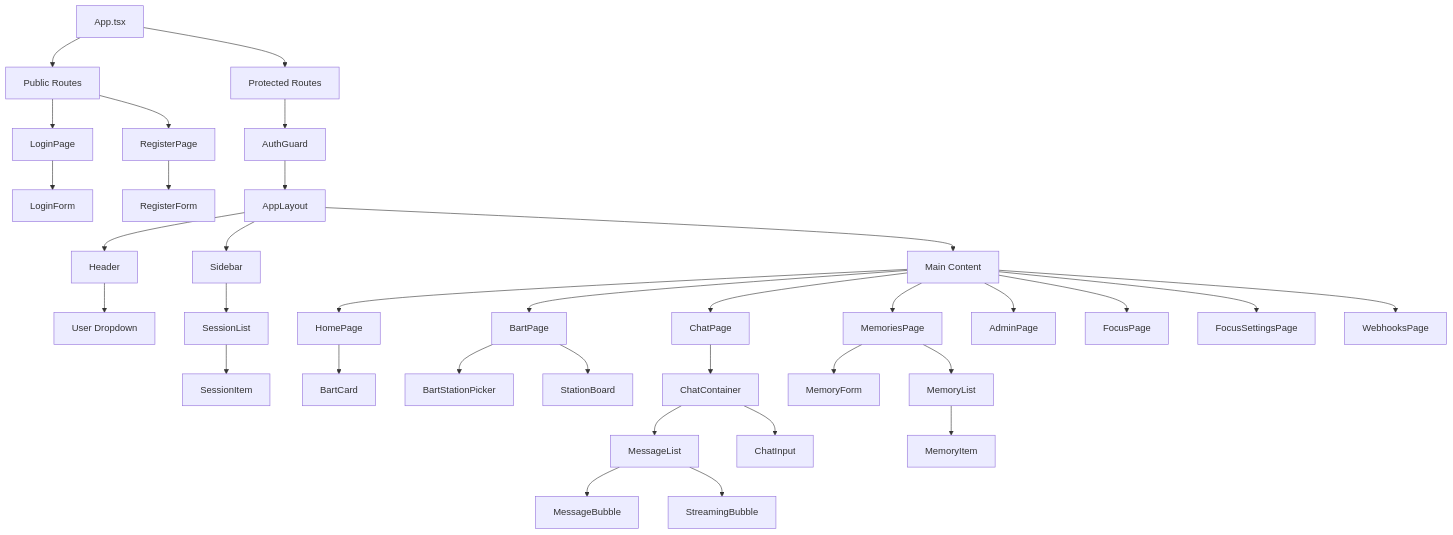
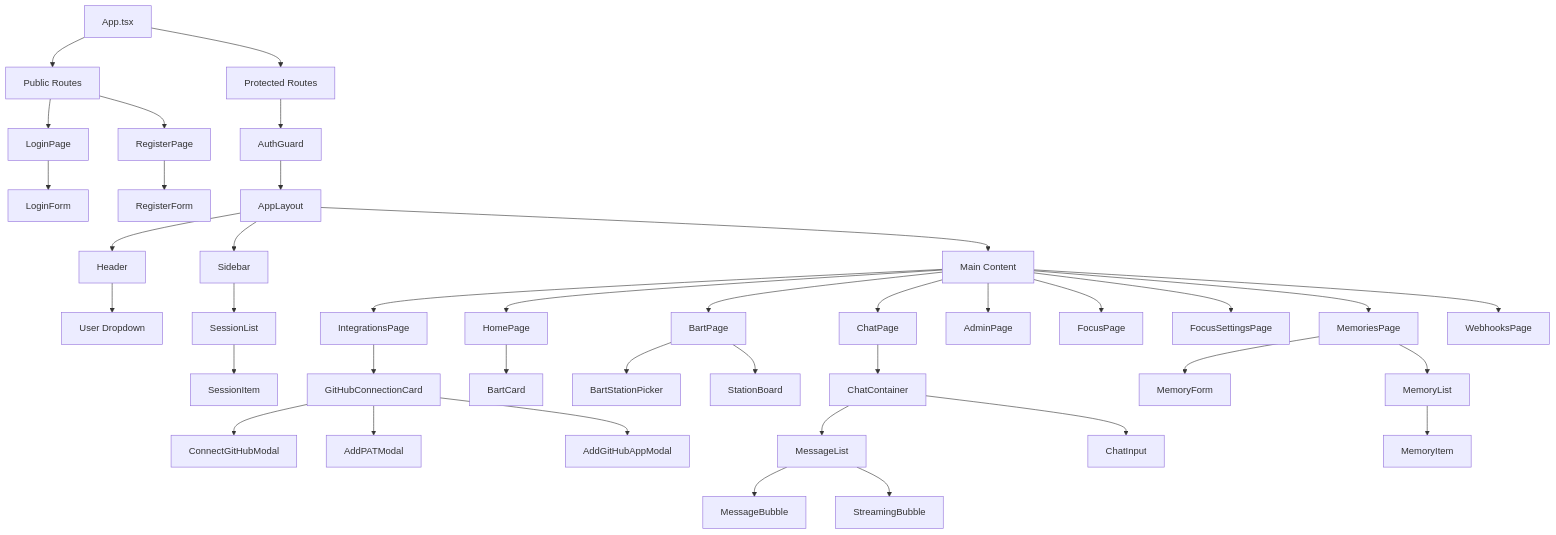
The first of 4 diagrams in .claude/diagrams/frontend-architecture.md (tekkno89/alfred-pa), drawn with Mermaid before and after one commit. The commit also changed other lines of this file and 45 other files, not shown here.

First line of the commit message:
feat: Add GitHub integration with per-user App configs, OAuth, PAT, and envelope encryption

````diff
--- a/.claude/diagrams/frontend-architecture.md
+++ b/.claude/diagrams/frontend-architecture.md
@@ -5,44 +5,50 @@
 ```mermaid
 graph TD
     App[App.tsx] --> PublicRoutes[Public Routes]
     App --> ProtectedRoutes[Protected Routes]
 
     PublicRoutes --> LoginPage[LoginPage]
     PublicRoutes --> RegisterPage[RegisterPage]
     LoginPage --> LoginForm[LoginForm]
     RegisterPage --> RegisterForm[RegisterForm]
 
     ProtectedRoutes --> AuthGuard[AuthGuard]
     AuthGuard --> AppLayout[AppLayout]
 
     AppLayout --> Header[Header]
     AppLayout --> Sidebar[Sidebar]
     AppLayout --> MainContent[Main Content]
 
     Header --> UserDropdown[User Dropdown]
     Sidebar --> SessionList[SessionList]
     SessionList --> SessionItem[SessionItem]
 
     MainContent --> HomePage[HomePage]
     MainContent --> ChatPage[ChatPage]
     MainContent --> MemoriesPage[MemoriesPage]
     MainContent --> BartPage[BartPage]
     MainContent --> AdminPage[AdminPage]
     MainContent --> FocusPage[FocusPage]
     MainContent --> FocusSettingsPage[FocusSettingsPage]
+    MainContent --> IntegrationsPage[IntegrationsPage]
     MainContent --> WebhooksPage[WebhooksPage]
+
+    IntegrationsPage --> GitHubConnectionCard[GitHubConnectionCard]
+    GitHubConnectionCard --> ConnectGitHubModal[ConnectGitHubModal]
+    GitHubConnectionCard --> AddPATModal[AddPATModal]
+    GitHubConnectionCard --> AddGitHubAppModal[AddGitHubAppModal]
 
     HomePage --> BartCard[BartCard]
     BartPage --> BartStationPicker[BartStationPicker]
     BartPage --> StationBoard[StationBoard]
 
     ChatPage --> ChatContainer[ChatContainer]
     ChatContainer --> MessageList[MessageList]
     ChatContainer --> ChatInput[ChatInput]
     MessageList --> MessageBubble[MessageBubble]
     MessageList --> StreamingBubble[StreamingBubble]
 
     MemoriesPage --> MemoryForm[MemoryForm]
     MemoriesPage --> MemoryList[MemoryList]
     MemoryList --> MemoryItem[MemoryItem]
 ```
````
